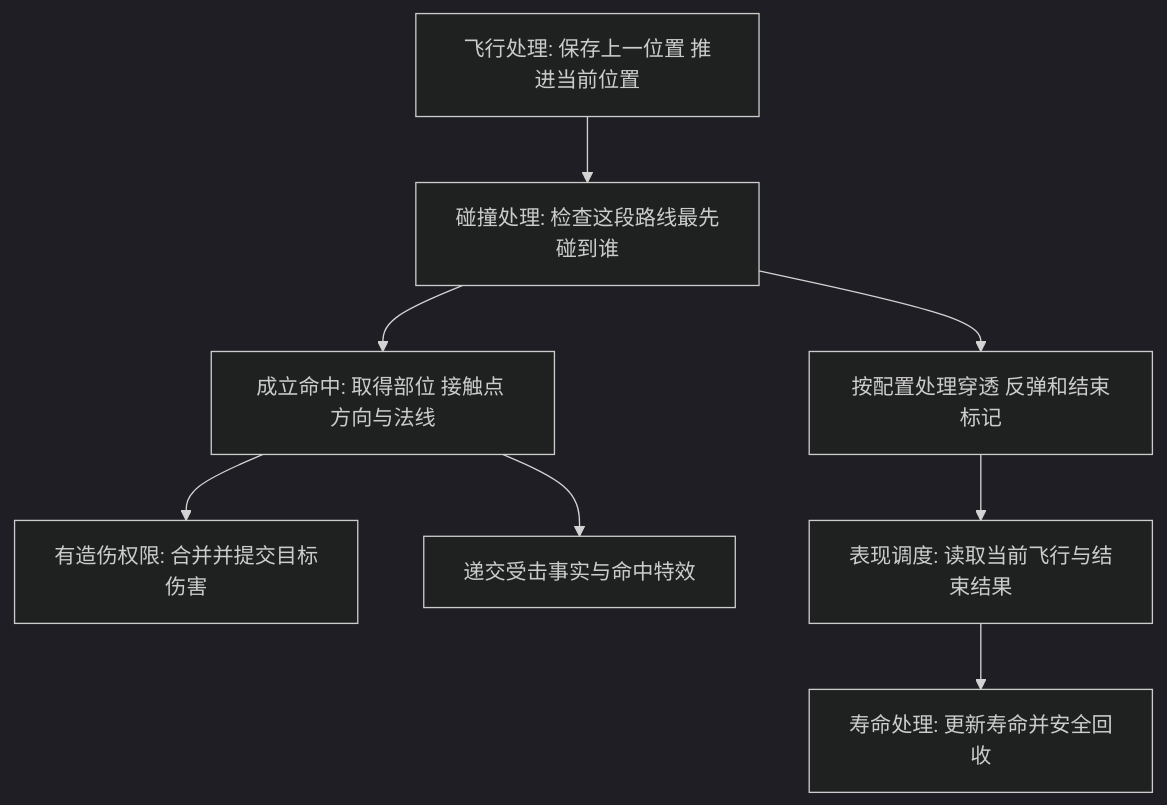
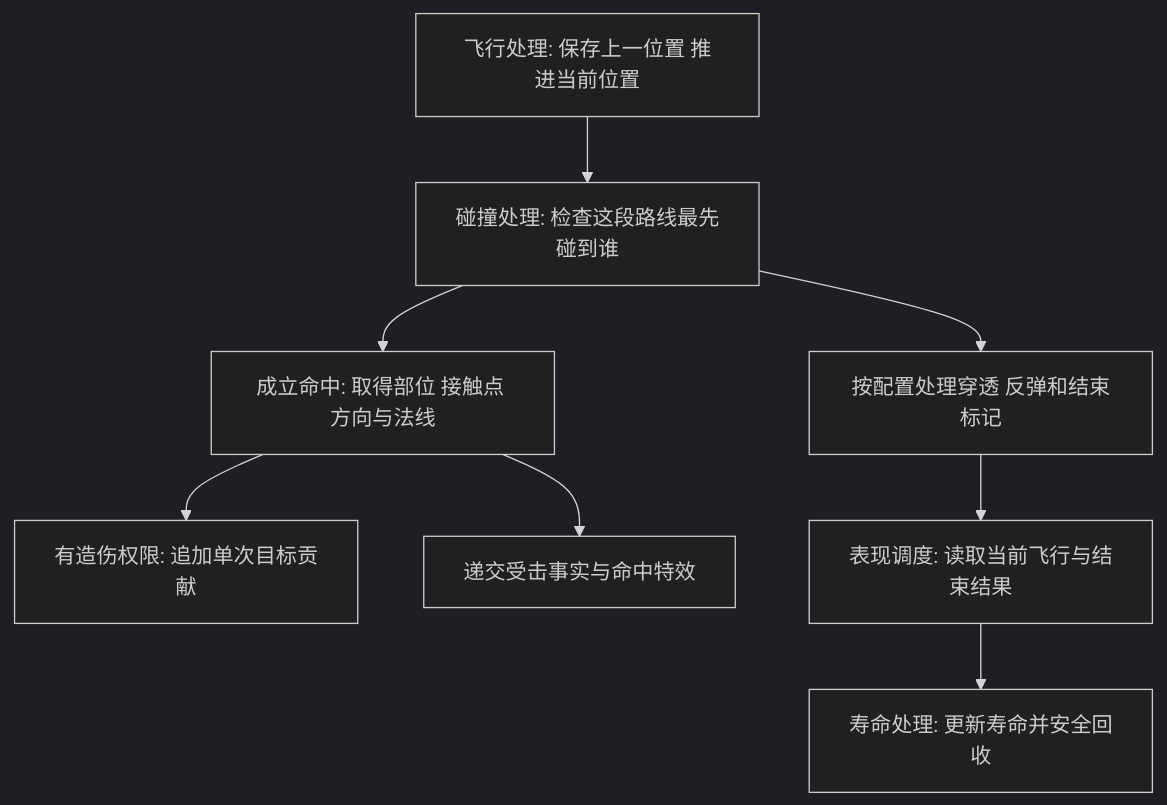
Before and after one commit to bunkerboy258/UBBBNexus: the third of 3 diagrams in Mass/Instance/Projectile/Law.md, drawn with Mermaid (dark theme). The commit also changed other lines of this file and 79 other files, not shown here.

````diff
--- a/Mass/Instance/Projectile/Law.md
+++ b/Mass/Instance/Projectile/Law.md
@@ -75,10 +75,10 @@
 ```mermaid
 flowchart TD
     飞行处理["飞行处理: 保存上一位置 推进当前位置"] --> 碰撞处理["碰撞处理: 检查这段路线最先碰到谁"]
     碰撞处理 --> 命中结果["成立命中: 取得部位 接触点 方向与法线"]
-    命中结果 --> 伤害交接["有造伤权限: 合并并提交目标伤害"]
+    命中结果 --> 伤害交接["有造伤权限: 追加单次目标贡献"]
     命中结果 --> 受击交接["递交受击事实与命中特效"]
     碰撞处理 --> 弹道后续["按配置处理穿透 反弹和结束标记"]
     弹道后续 --> 表现调度["表现调度: 读取当前飞行与结束结果"]
     表现调度 --> 寿命处理["寿命处理: 更新寿命并安全回收"]
 ```
````
